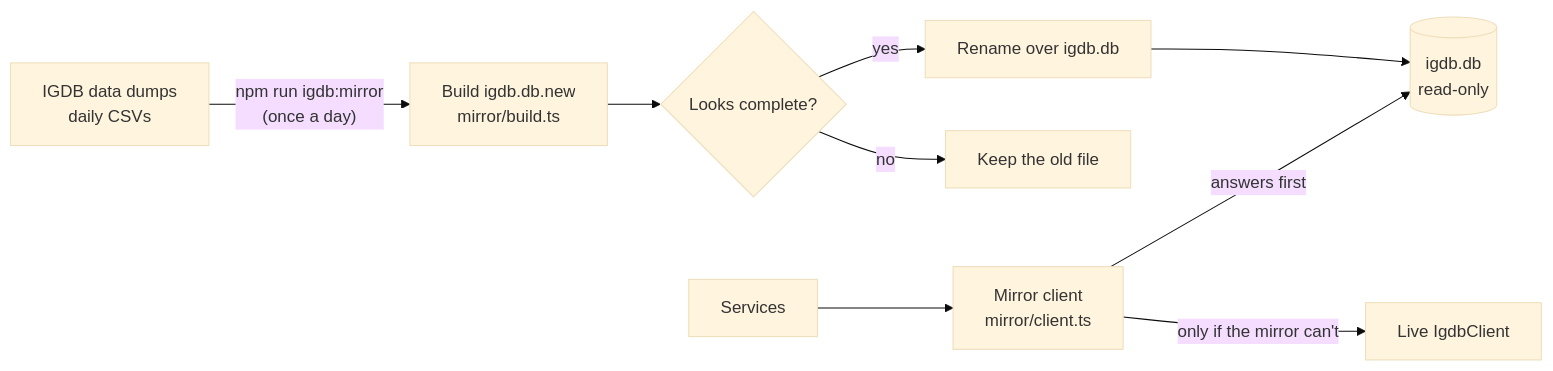
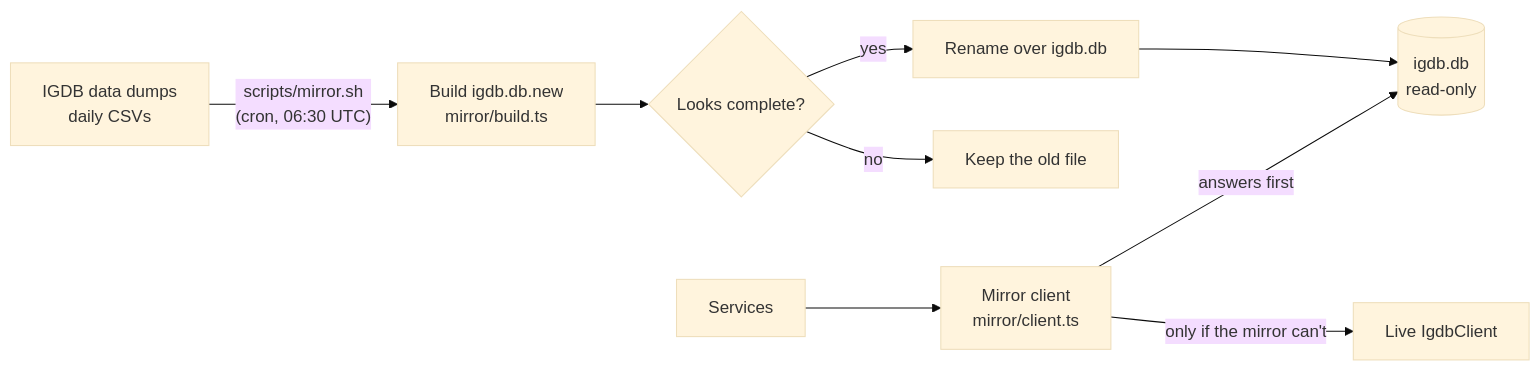
One commit to joeattardi/gamequeue changed the ninth of 22 diagrams in OVERVIEW.md. Above: the diagram before and after it, drawn with Mermaid (base theme). The commit also changed other lines of this file and 25 other files, not shown here.

First line of the commit message:
Run the IGDB mirror daily from host cron, with monitoring and an admin page (step 4)

````diff
--- a/OVERVIEW.md
+++ b/OVERVIEW.md
@@ -345,11 +345,11 @@
 ```mermaid
 flowchart LR
-    DUMPS["IGDB data dumps<br/>daily CSVs"] -- "npm run igdb:mirror<br/>(once a day)" --> BUILD["Build igdb.db.new<br/>mirror/build.ts"]
+    DUMPS["IGDB data dumps<br/>daily CSVs"] -- "scripts/mirror.sh<br/>(cron, 06:30 UTC)" --> BUILD["Build igdb.db.new<br/>mirror/build.ts"]
     BUILD --> CHECK{"Looks complete?"}
     CHECK -- yes --> SWAP["Rename over igdb.db"]
     CHECK -- no --> KEEP["Keep the old file"]
     SWAP --> FILE[("igdb.db<br/>read-only")]
     SVC["Services"] --> MC["Mirror client<br/>mirror/client.ts"]
     MC -- "answers first" --> FILE
     MC -- "only if the mirror can't" --> LIVE["Live IgdbClient"]
 ```
````
